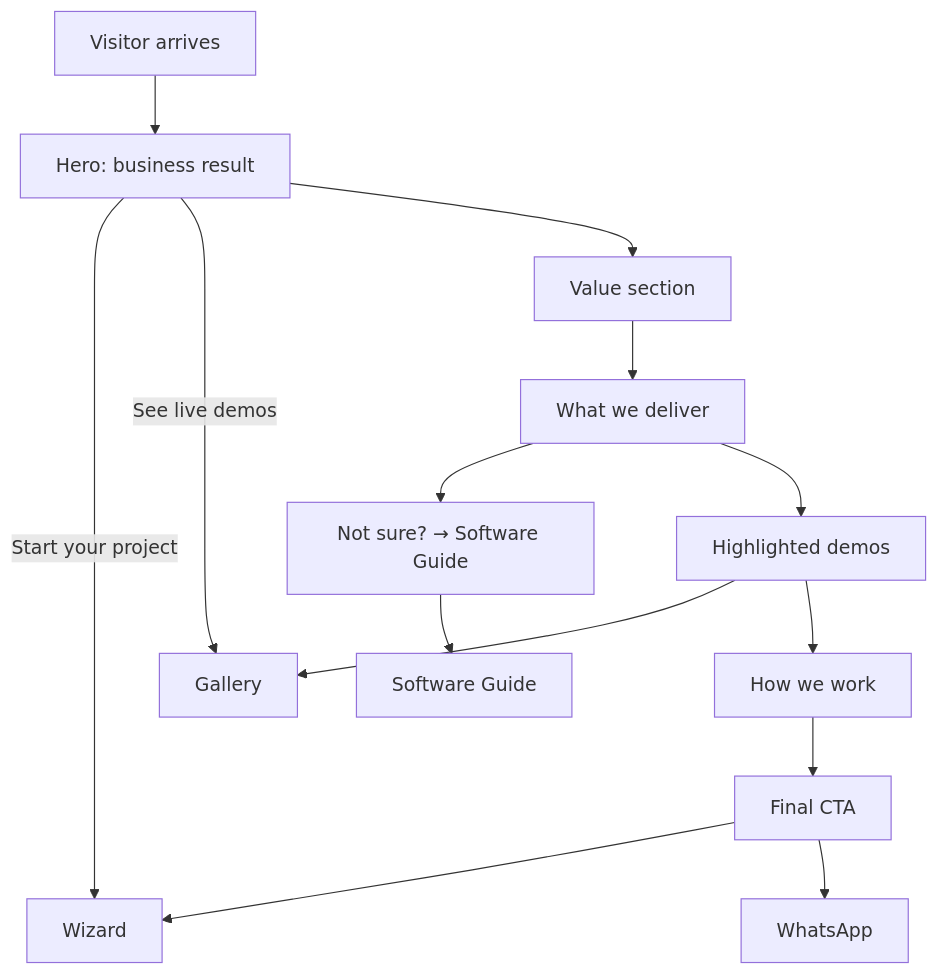
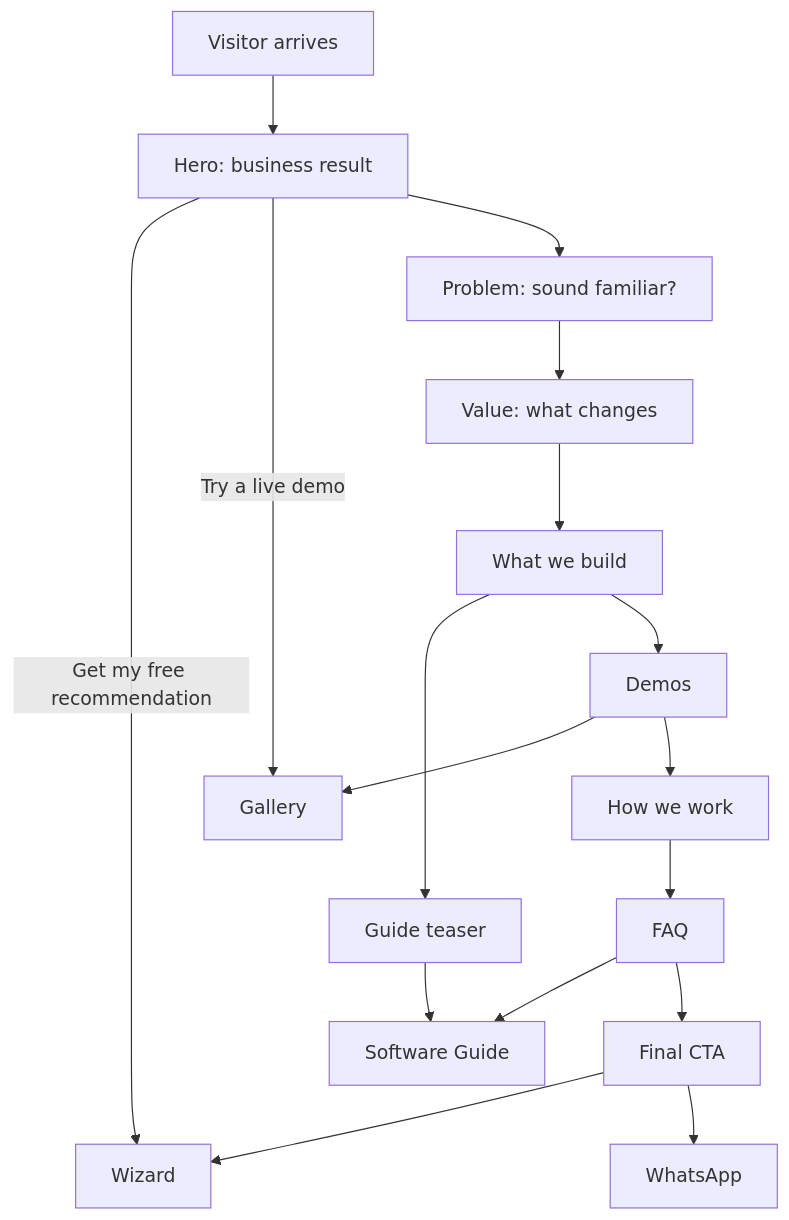
Before and after one commit to AhmedElnagarUU/Demmoss: the diagram in docs/features/landing.md, drawn with Mermaid. The commit also changed other lines of this file and 8 other files, not shown here.

First line of the commit message:
Landing: research-based copy, hero cards tell the 'while you slept' story, new Problem and FAQ sections

````diff
--- a/docs/features/landing.md
+++ b/docs/features/landing.md
@@ -47,16 +55,19 @@
 ```mermaid
 flowchart TD
   IN[Visitor arrives] --> H[Hero: business result]
-  H -->|Start your project| W[Wizard]
-  H -->|See live demos| GAL[Gallery]
-  H --> VAL[Value section]
-  VAL --> DEL[What we deliver]
-  DEL --> GT[Not sure? → Software Guide]
+  H -->|Get my free recommendation| W[Wizard]
+  H -->|Try a live demo| GAL[Gallery]
+  H --> PROB[Problem: sound familiar?]
+  PROB --> VAL[Value: what changes]
+  VAL --> DEL[What we build]
+  DEL --> GT[Guide teaser]
   GT --> GUIDE[Software Guide]
-  DEL --> DEM[Highlighted demos]
+  DEL --> DEM[Demos]
   DEM --> GAL
   DEM --> HOW[How we work]
-  HOW --> CTA[Final CTA]
+  HOW --> FAQ[FAQ]
+  FAQ --> GUIDE
+  FAQ --> CTA[Final CTA]
   CTA --> W
   CTA --> WA[WhatsApp]
 ```
````
